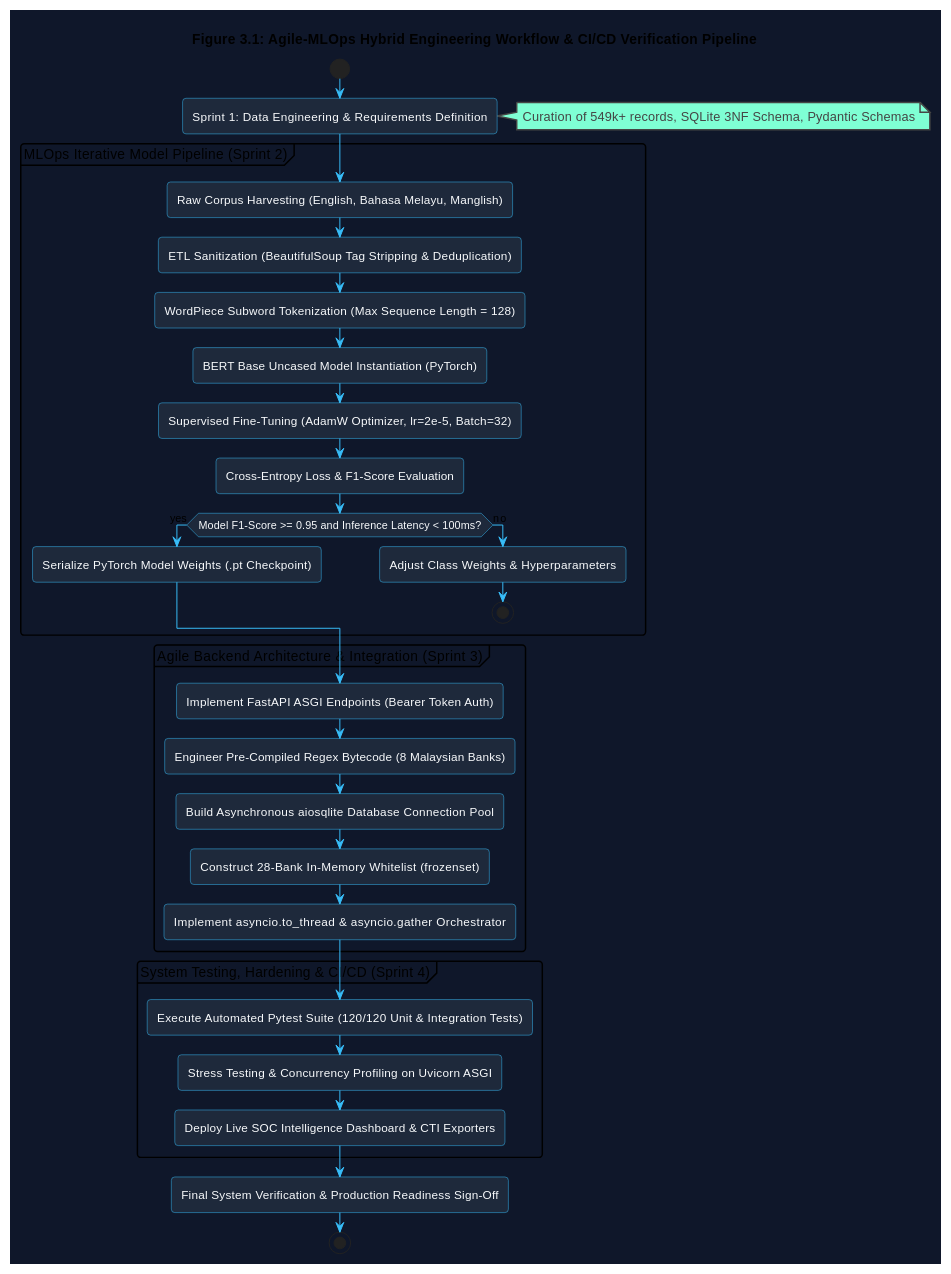
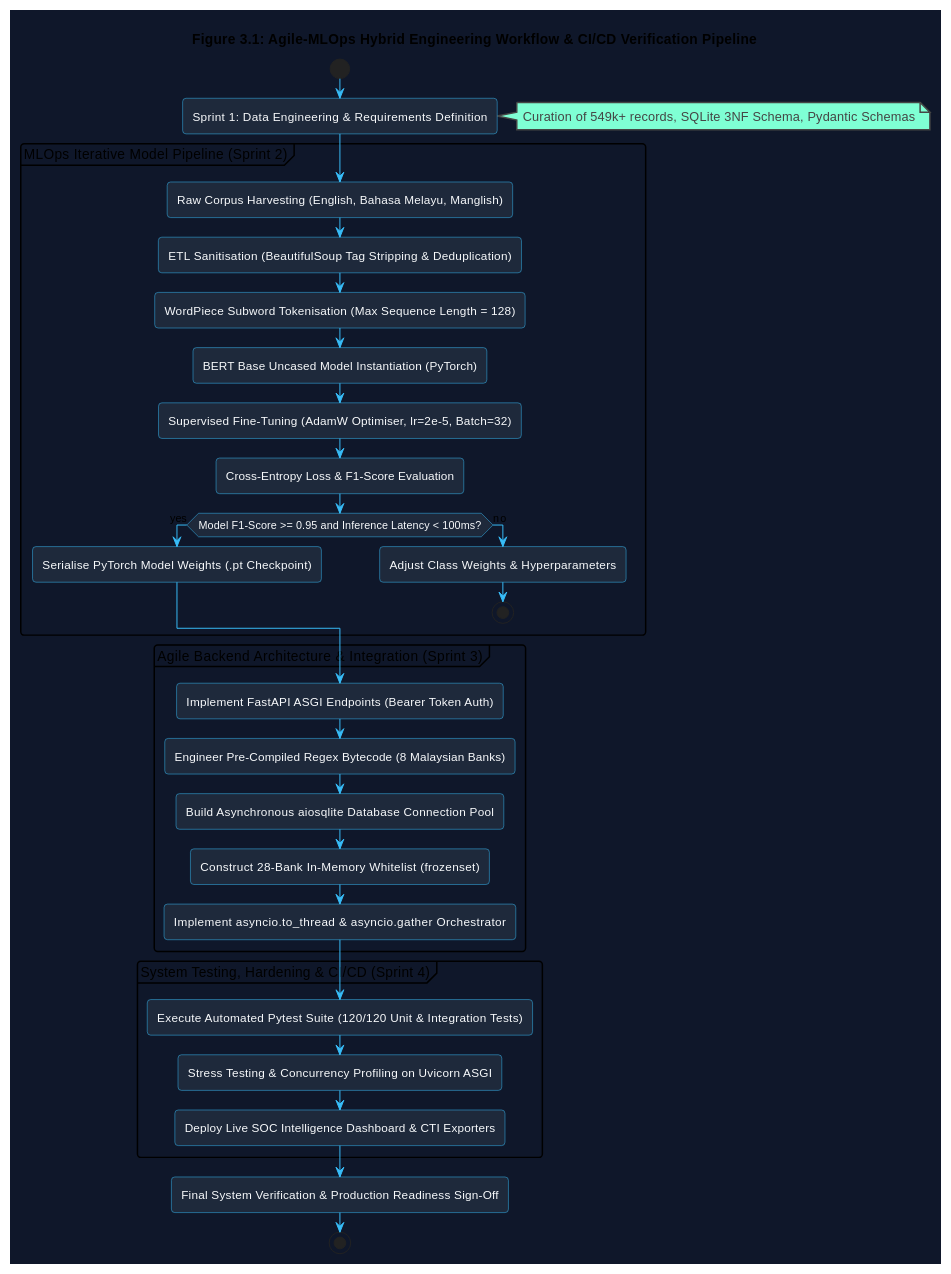
One commit to KunTheNoobie/PhishGuard-AI-Complete changed the first of 4 diagrams in report/Chapter_3_Methodology.md. Above: the diagram before and after it, drawn with PlantUML. The commit also changed other lines of this file, not shown here.

````diff
--- a/report/Chapter_3_Methodology.md
+++ b/report/Chapter_3_Methodology.md
@@ -48,49 +48,49 @@
 ```plantuml
 @startuml Agile_MLOps_Detailed_Chapter_3
 !theme vibrant
 skinparam backgroundColor #0f172a
 skinparam ArrowColor #38bdf8
 skinparam ActivityBorderColor #38bdf8
 skinparam ActivityBackgroundColor #1e293b
 skinparam ActivityFontColor #f8fafc
 
 title Figure 3.1: Agile-MLOps Hybrid Engineering Workflow & CI/CD Verification Pipeline
 
 start
 :Sprint 1: Data Engineering & Requirements Definition;
 note right: Curation of 549k+ records, SQLite 3NF Schema, Pydantic Schemas
 
 partition "MLOps Iterative Model Pipeline (Sprint 2)" {
     :Raw Corpus Harvesting (English, Bahasa Melayu, Manglish);
-    :ETL Sanitization (BeautifulSoup Tag Stripping & Deduplication);
-    :WordPiece Subword Tokenization (Max Sequence Length = 128);
+    :ETL Sanitisation (BeautifulSoup Tag Stripping & Deduplication);
+    :WordPiece Subword Tokenisation (Max Sequence Length = 128);
     :BERT Base Uncased Model Instantiation (PyTorch);
-    :Supervised Fine-Tuning (AdamW Optimizer, lr=2e-5, Batch=32);
+    :Supervised Fine-Tuning (AdamW Optimiser, lr=2e-5, Batch=32);
     :Cross-Entropy Loss & F1-Score Evaluation;
     if (Model F1-Score >= 0.95 and Inference Latency < 100ms?) then (yes)
-        :Serialize PyTorch Model Weights (.pt Checkpoint);
+        :Serialise PyTorch Model Weights (.pt Checkpoint);
     else (no)
         :Adjust Class Weights & Hyperparameters;
         stop
     endif
 }
 
 partition "Agile Backend Architecture & Integration (Sprint 3)" {
     :Implement FastAPI ASGI Endpoints (Bearer Token Auth);
     :Engineer Pre-Compiled Regex Bytecode (8 Malaysian Banks);
     :Build Asynchronous aiosqlite Database Connection Pool;
     :Construct 28-Bank In-Memory Whitelist (frozenset);
     :Implement asyncio.to_thread & asyncio.gather Orchestrator;
 }
 
 partition "System Testing, Hardening & CI/CD (Sprint 4)" {
     :Execute Automated Pytest Suite (120/120 Unit & Integration Tests);
     :Stress Testing & Concurrency Profiling on Uvicorn ASGI;
     :Deploy Live SOC Intelligence Dashboard & CTI Exporters;
 }
 
 :Final System Verification & Production Readiness Sign-Off;
 stop
 
 @enduml
 ```
````
